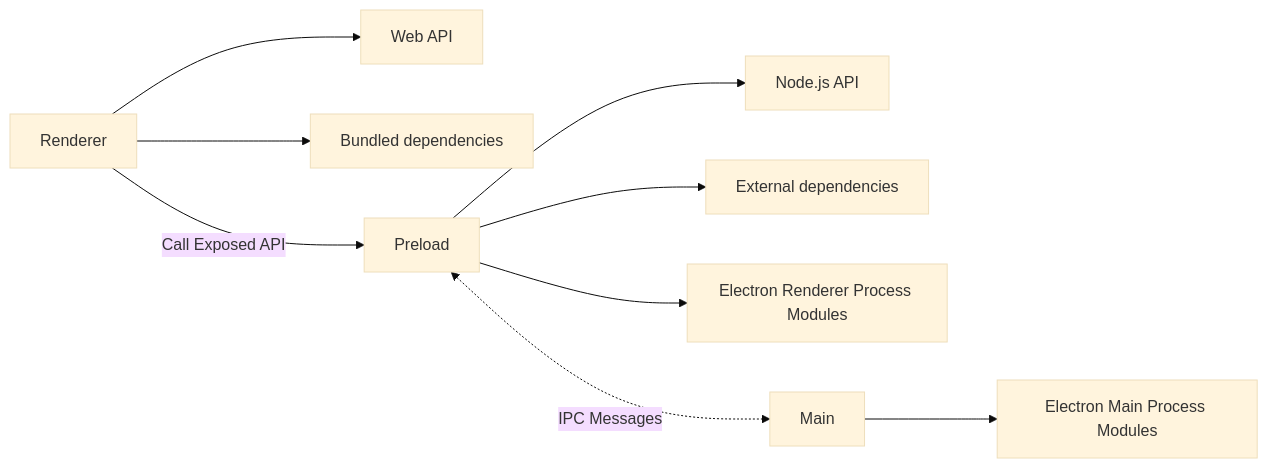
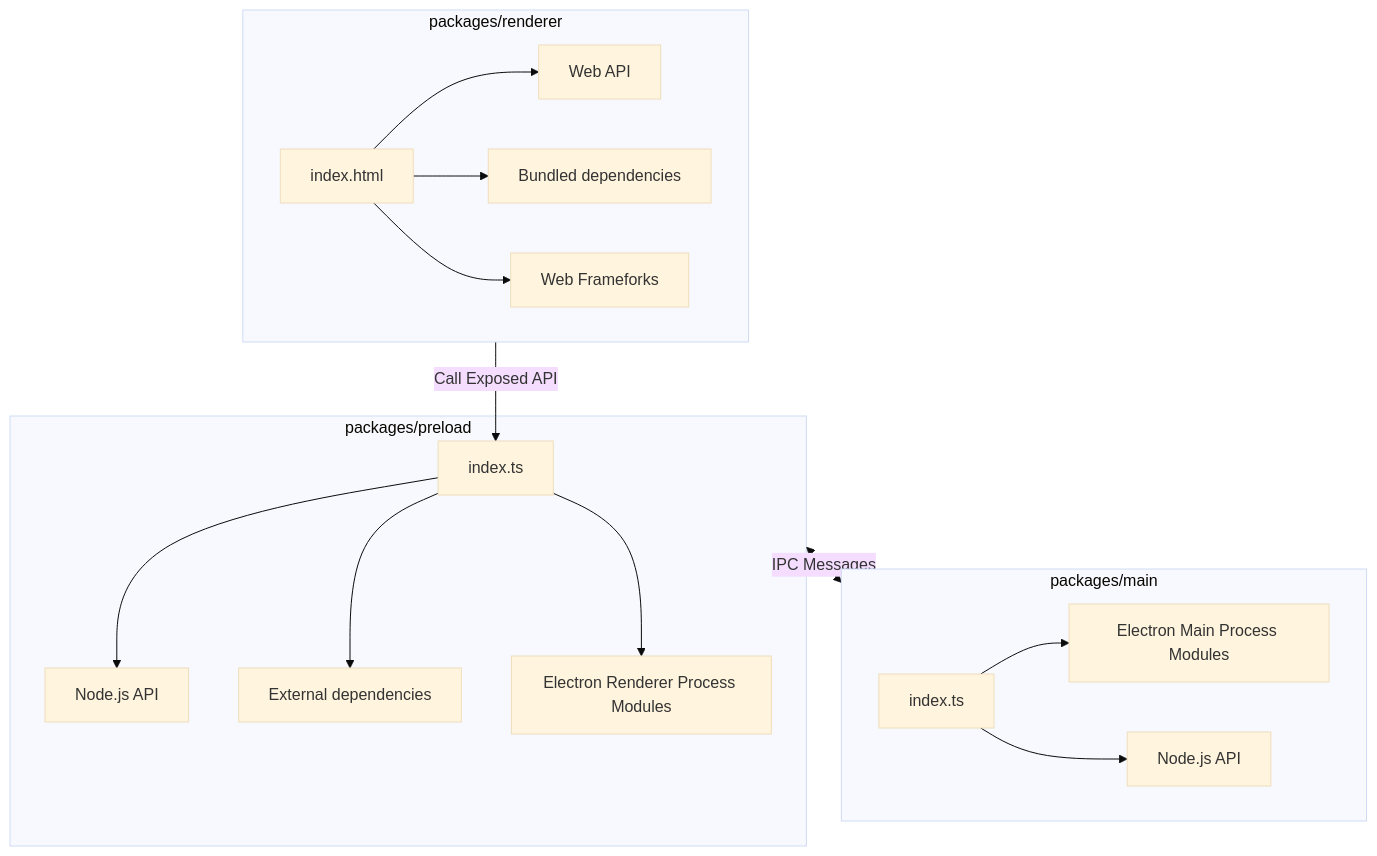
One commit to cawa-93/vite-electron-builder changed the first of 2 diagrams in README.md. Above: the diagram before and after it, drawn with Mermaid (base theme). The commit also changed other lines of this file, not shown here.

Commit message:
docs: The description of the project structure and work with dependencies has been improved

````diff
--- a/README.md
+++ b/README.md
@@ -206,9 +102,26 @@
 ```mermaid
-flowchart LR;
-R --> W[Web API]
-R --> BD[Bundled dependencies]
-R[Renderer] -- Call Exposed API --> P[Preload] --> N[Node.js API]
+flowchart TB;
+
+packages/preload <-. IPC Messages .-> packages/main
+
+subgraph packages/main
+M[index.ts] --> EM[Electron Main Process Modules]
+M --> N2[Node.js API]
+end
+
+
+subgraph packages/preload
+P[index.ts] --> N[Node.js API]
 P --> ED[External dependencies]
 P --> ER[Electron Renderer Process Modules]
-P <-. IPC Messages .-> M[Main] --> EM[Electron Main Process Modules]
+end
+
+
+subgraph packages/renderer
+R[index.html] --> W[Web API]
+R --> BD[Bundled dependencies]
+R --> F[Web Frameforks]
+end
+
+packages/renderer -- Call Exposed API --> P
 ```
````
